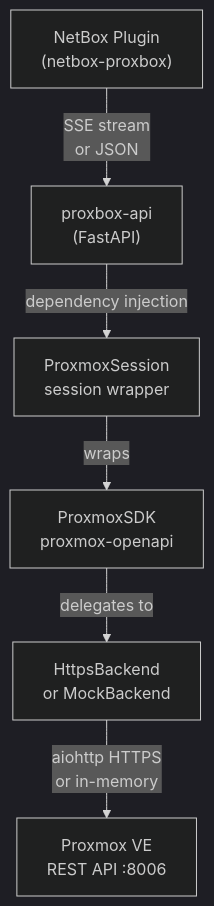
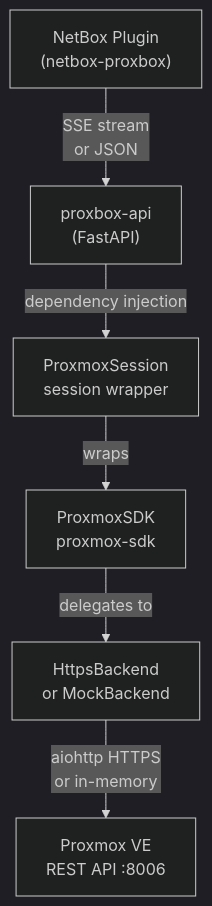
One commit to emersonfelipesp/proxmox-sdk changed the first of 3 diagrams in docs/integration-with-proxbox-api.md. Above: the diagram before and after it, drawn with Mermaid (dark theme). The commit also changed other lines of this file and 286 other files, not shown here.

First line of the commit message:
refactor: rename Python module from proxmox_openapi to proxmox_sdk

````diff
--- a/docs/integration-with-proxbox-api.md
+++ b/docs/integration-with-proxbox-api.md
@@ -14,15 +14,15 @@
 ```mermaid
 flowchart TD
     NB["NetBox Plugin\n(netbox-proxbox)"]
     API["proxbox-api\n(FastAPI)"]
     SESSION["ProxmoxSession\nsession wrapper"]
-    SDK["ProxmoxSDK\nproxmox-openapi"]
+    SDK["ProxmoxSDK\nproxmox-sdk"]
     BACK["HttpsBackend\nor MockBackend"]
     PVE["Proxmox VE\nREST API :8006"]
 
     NB -->|"SSE stream\nor JSON"| API
     API -->|"dependency injection"| SESSION
     SESSION -->|"wraps"| SDK
     SDK -->|"delegates to"| BACK
     BACK -->|"aiohttp HTTPS\nor in-memory"| PVE
 ```
````
